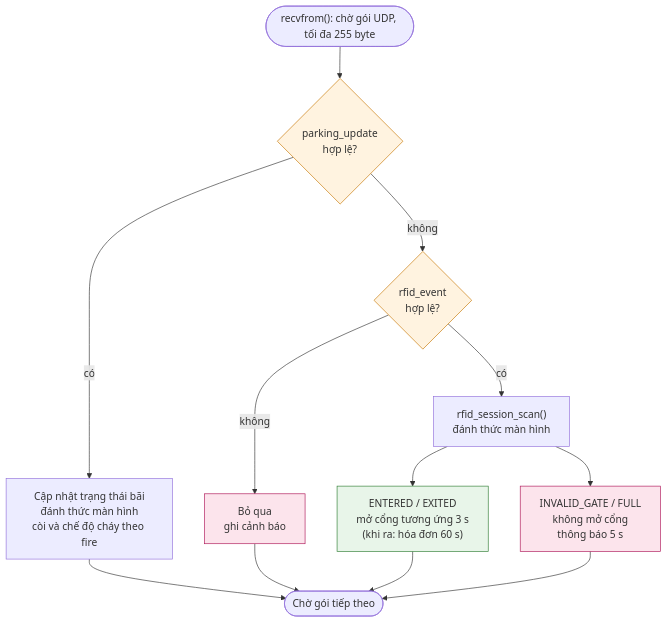
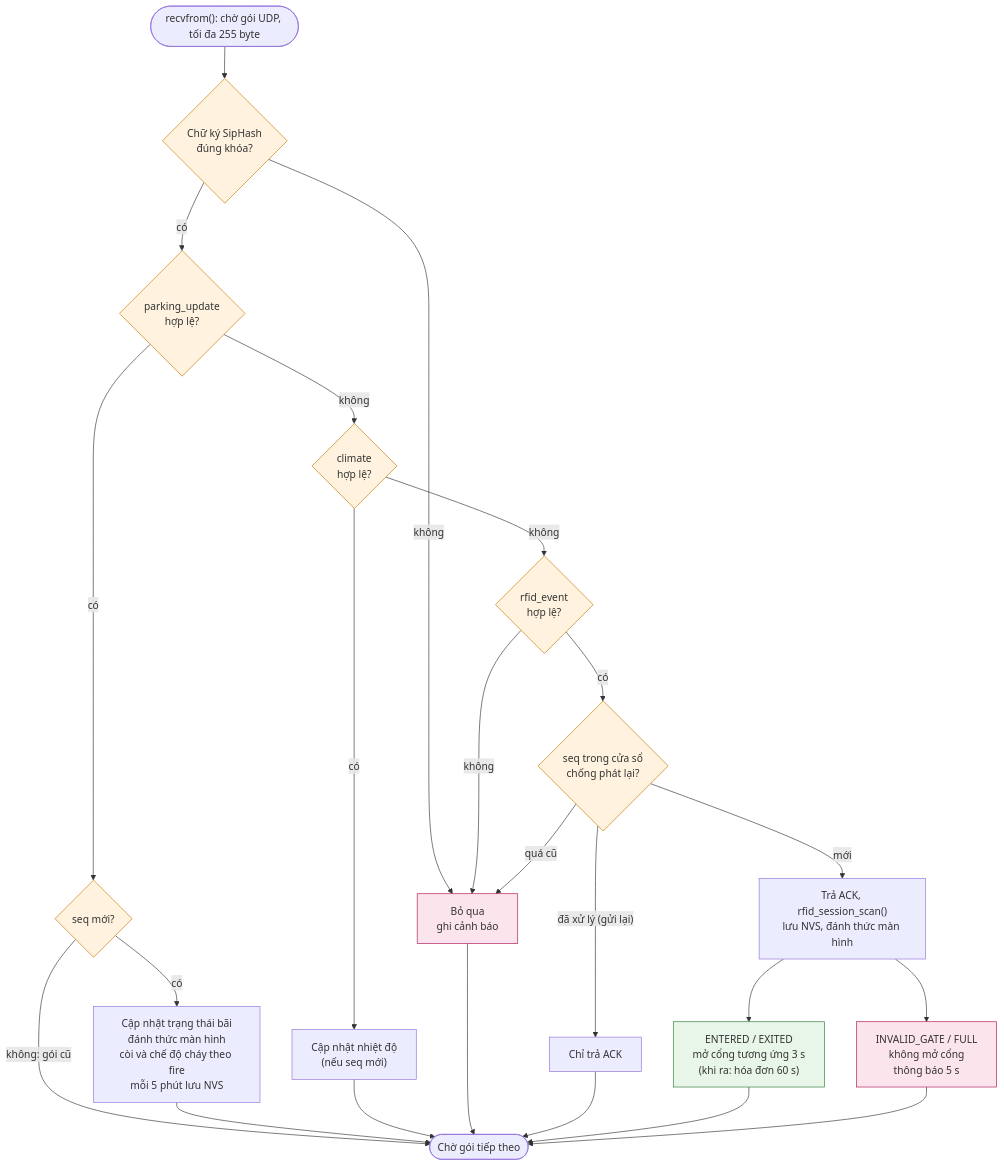
The diagram in report/diagrams/udpflow.mmd (thinhdinh25/INT3108_embedded-Smart-Parking-Project), drawn with Mermaid before and after one commit. The commit also changed 65 other files, not shown here.

First line of the commit message:
Sign UDP packets, ACK RFID scans, persist sessions; update report

```diff
--- a/report/diagrams/udpflow.mmd
+++ b/report/diagrams/udpflow.mmd
@@ -1,13 +1,22 @@
 flowchart TD
-  r(["recvfrom(): chờ gói UDP, tối đa 255 byte"]) --> d1{"parking_update<br/>hợp lệ?"}
-  d1 -- có --> p1["Cập nhật trạng thái bãi<br/>đánh thức màn hình<br/>còi và chế độ cháy theo fire"]
-  d1 -- không --> d2{"rfid_event<br/>hợp lệ?"}
-  d2 -- không --> ig["Bỏ qua<br/>ghi cảnh báo"]
-  d2 -- có --> sc["rfid_session_scan()<br/>đánh thức màn hình"]
+  r(["recvfrom(): chờ gói UDP, tối đa 255 byte"]) --> a1{"Chữ ký SipHash<br/>đúng khóa?"}
+  a1 -- không --> ig["Bỏ qua<br/>ghi cảnh báo"]
+  a1 -- có --> d1{"parking_update<br/>hợp lệ?"}
+  d1 -- có --> w1{"seq mới?"}
+  w1 -- có --> p1["Cập nhật trạng thái bãi<br/>đánh thức màn hình<br/>còi và chế độ cháy theo fire<br/>mỗi 5 phút lưu NVS"]
+  d1 -- không --> d3{"climate<br/>hợp lệ?"}
+  d3 -- có --> p3["Cập nhật nhiệt độ<br/>(nếu seq mới)"]
+  d3 -- không --> d2{"rfid_event<br/>hợp lệ?"}
+  d2 -- không --> ig
+  d2 -- có --> w2{"seq trong cửa sổ<br/>chống phát lại?"}
+  w2 -- "đã xử lý (gửi lại)" --> ack["Chỉ trả ACK"]
+  w2 -- "quá cũ" --> ig
+  w2 -- mới --> sc["Trả ACK, rfid_session_scan()<br/>lưu NVS, đánh thức màn hình"]
   sc --> ok["ENTERED / EXITED<br/>mở cổng tương ứng 3 s<br/>(khi ra: hóa đơn 60 s)"]
   sc --> rej["INVALID_GATE / FULL<br/>không mở cổng<br/>thông báo 5 s"]
-  p1 & ig & ok & rej --> nx(["Chờ gói tiếp theo"])
+  w1 -- "không: gói cũ" --> nx
+  p1 & p3 & ig & ack & ok & rej --> nx(["Chờ gói tiếp theo"])
   classDef dec fill:#FFF3E0,stroke:#C77700;
   classDef bad fill:#FCE4EC,stroke:#AD1457;
   classDef good fill:#E8F5E9,stroke:#2E7D32;
-  class d1,d2 dec; class rej,ig bad; class ok good;
+  class a1,d1,d2,d3,w1,w2 dec; class rej,ig bad; class ok good;
```
